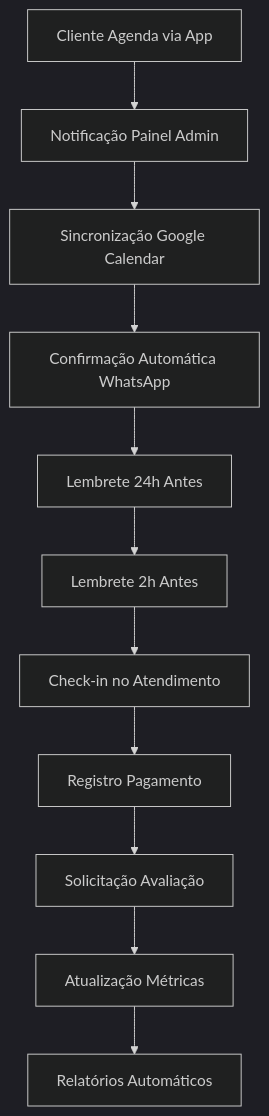
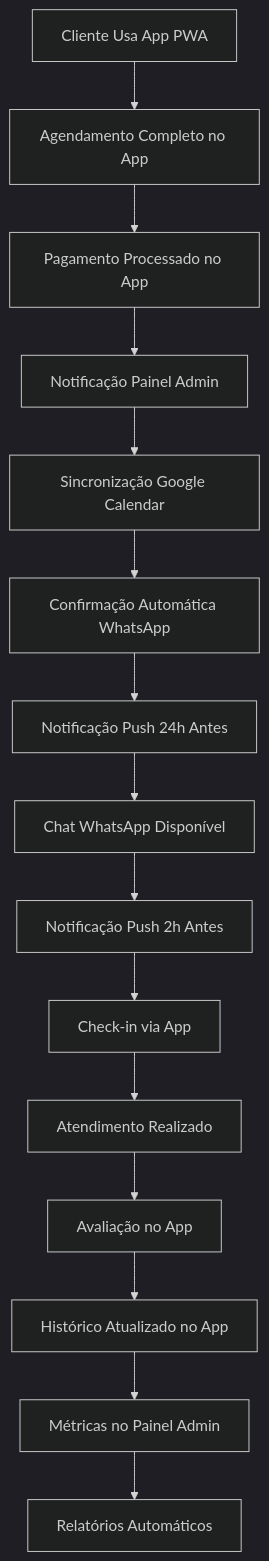
The second of 2 diagrams in lanpage-barbearia/.trae/documents/visao-geral-sistema.md (ToninhoDS/LandingPage), drawn with Mermaid (dark theme) before and after one commit. The commit also changed other lines of this file and 135 other files, not shown here.

````diff
--- a/lanpage-barbearia/.trae/documents/visao-geral-sistema.md
+++ b/lanpage-barbearia/.trae/documents/visao-geral-sistema.md
@@ -54,13 +51,17 @@
 ```mermaid
 graph TD
-    A[Cliente Agenda via App] --> B[Notificação Painel Admin]
-    B --> C[Sincronização Google Calendar]
-    C --> D[Confirmação Automática WhatsApp]
-    D --> E[Lembrete 24h Antes]
-    E --> F[Lembrete 2h Antes]
-    F --> G[Check-in no Atendimento]
-    G --> H[Registro Pagamento]
-    H --> I[Solicitação Avaliação]
-    I --> J[Atualização Métricas]
-    J --> K[Relatórios Automáticos]
+    A[Cliente Usa App PWA] --> B[Agendamento Completo no App]
+    B --> C[Pagamento Processado no App]
+    C --> D[Notificação Painel Admin]
+    D --> E[Sincronização Google Calendar]
+    E --> F[Confirmação Automática WhatsApp]
+    F --> G[Notificação Push 24h Antes]
+    G --> H[Chat WhatsApp Disponível]
+    H --> I[Notificação Push 2h Antes]
+    I --> J[Check-in via App]
+    J --> K[Atendimento Realizado]
+    K --> L[Avaliação no App]
+    L --> M[Histórico Atualizado no App]
+    M --> N[Métricas no Painel Admin]
+    N --> O[Relatórios Automáticos]
 ```
````
